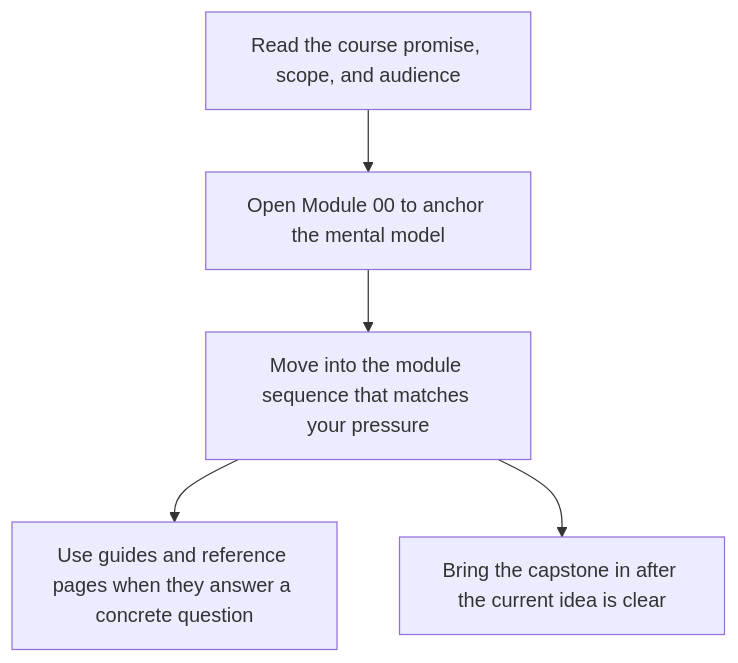
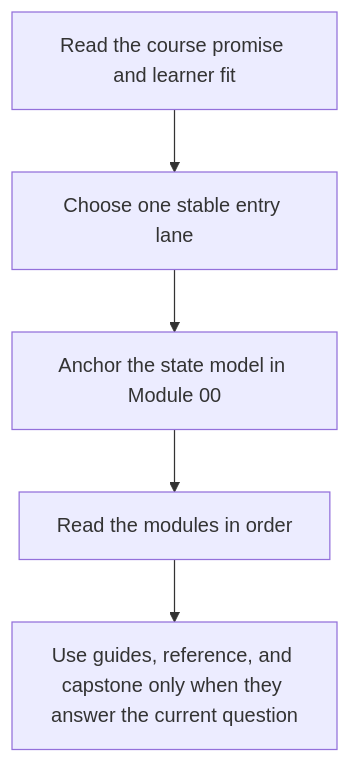
The second of 2 diagrams in programs/reproducible-research/deep-dive-dvc/course-book/index.md (bijux/bijux-masterclass), drawn with Mermaid before and after one commit. The commit also changed other lines of this file, not shown here.

Commit message:
docs(deep-dive-dvc): clarify learner entry routes

````diff
--- a/programs/reproducible-research/deep-dive-dvc/course-book/index.md
+++ b/programs/reproducible-research/deep-dive-dvc/course-book/index.md
@@ -19,7 +18,7 @@
 ```mermaid
 flowchart TD
-  promise["Read the course promise, scope, and audience"] --> orientation["Open Module 00 to anchor the mental model"]
-  orientation --> modules["Move into the module sequence that matches your pressure"]
-  modules --> support["Use guides and reference pages when they answer a concrete question"]
-  modules --> capstone["Bring the capstone in after the current idea is clear"]
+  promise["Read the course promise and learner fit"] --> route["Choose one stable entry lane"]
+  route --> orientation["Anchor the state model in Module 00"]
+  orientation --> modules["Read the modules in order"]
+  modules --> proof["Use guides, reference, and capstone only when they answer the current question"]
 ```
````
